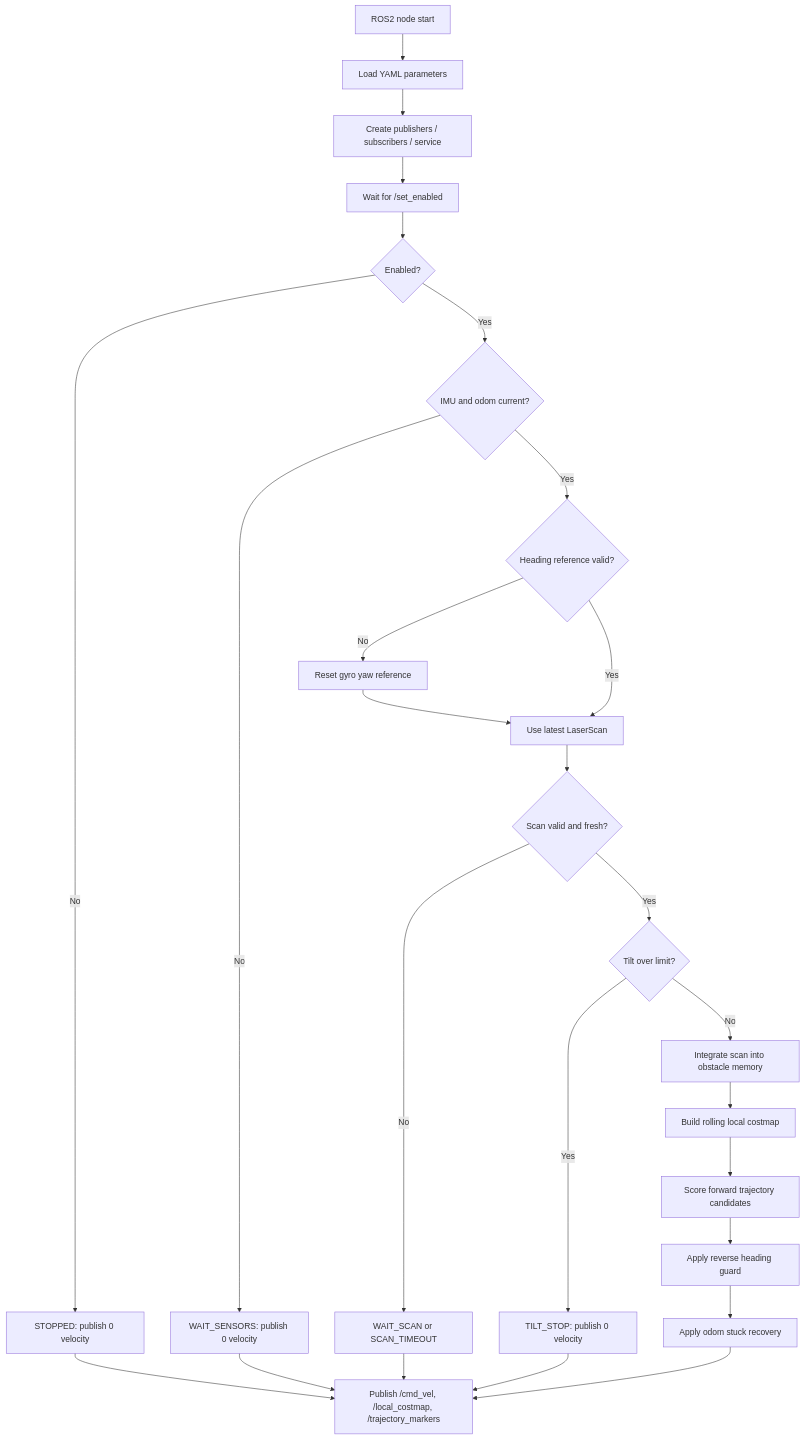
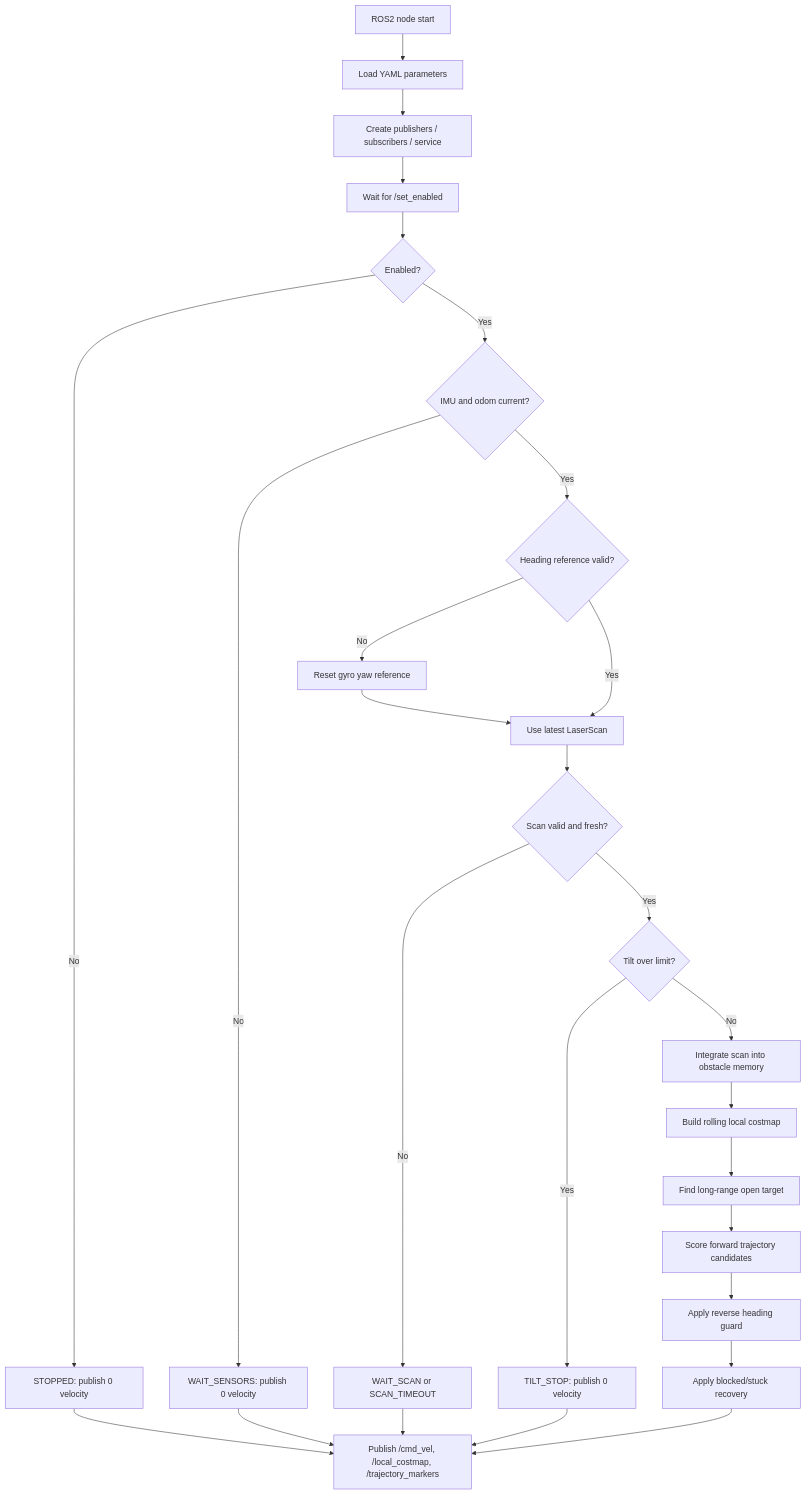
The first of 3 diagrams in src/turtlebot_autonomous_costmap_drive/Flow.md (jhongno01/ROS2_Courses), drawn with Mermaid before and after one commit. The commit also changed other lines of this file and 3 other files, not shown here.

Commit message:
Add new features on "costmap drive". 'long-range clearance reward', 'blocked backup'

````diff
--- a/src/turtlebot_autonomous_costmap_drive/Flow.md
+++ b/src/turtlebot_autonomous_costmap_drive/Flow.md
@@ -7,28 +7,29 @@
 ```mermaid
 flowchart TD
     A["ROS2 node start"] --> B["Load YAML parameters"]
     B --> C["Create publishers / subscribers / service"]
     C --> D["Wait for /set_enabled"]
     D --> E{"Enabled?"}
     E -- "No" --> F["STOPPED: publish 0 velocity"]
     E -- "Yes" --> G{"IMU and odom current?"}
     G -- "No" --> H["WAIT_SENSORS: publish 0 velocity"]
     G -- "Yes" --> I{"Heading reference valid?"}
     I -- "No" --> J["Reset gyro yaw reference"]
     I -- "Yes" --> K["Use latest LaserScan"]
     J --> K
     K --> L{"Scan valid and fresh?"}
     L -- "No" --> M["WAIT_SCAN or SCAN_TIMEOUT"]
     L -- "Yes" --> N{"Tilt over limit?"}
     N -- "Yes" --> O["TILT_STOP: publish 0 velocity"]
     N -- "No" --> P["Integrate scan into obstacle memory"]
     P --> Q["Build rolling local costmap"]
-    Q --> R["Score forward trajectory candidates"]
-    R --> S["Apply reverse heading guard"]
-    S --> T["Apply odom stuck recovery"]
-    T --> U["Publish /cmd_vel, /local_costmap, /trajectory_markers"]
-    F --> U
-    H --> U
-    M --> U
-    O --> U
+    Q --> R["Find long-range open target"]
+    R --> S["Score forward trajectory candidates"]
+    S --> T["Apply reverse heading guard"]
+    T --> U["Apply blocked/stuck recovery"]
+    U --> V["Publish /cmd_vel, /local_costmap, /trajectory_markers"]
+    F --> V
+    H --> V
+    M --> V
+    O --> V
 ```
````
